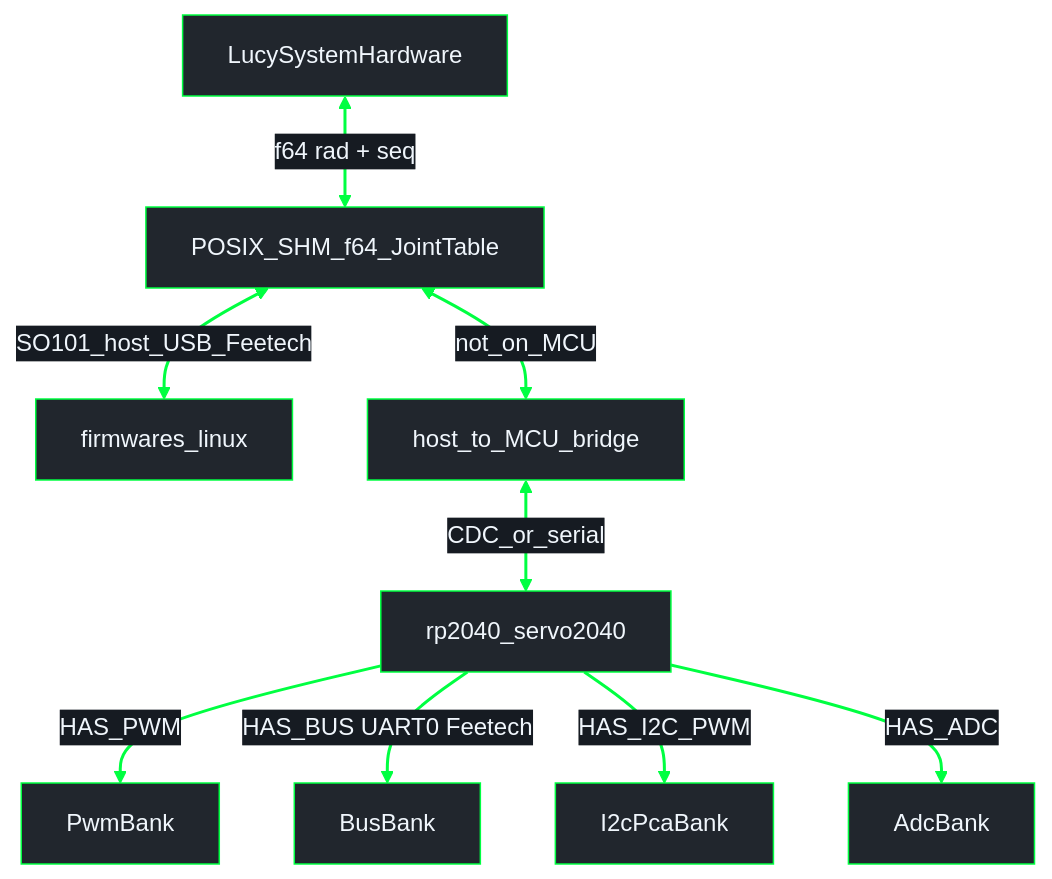
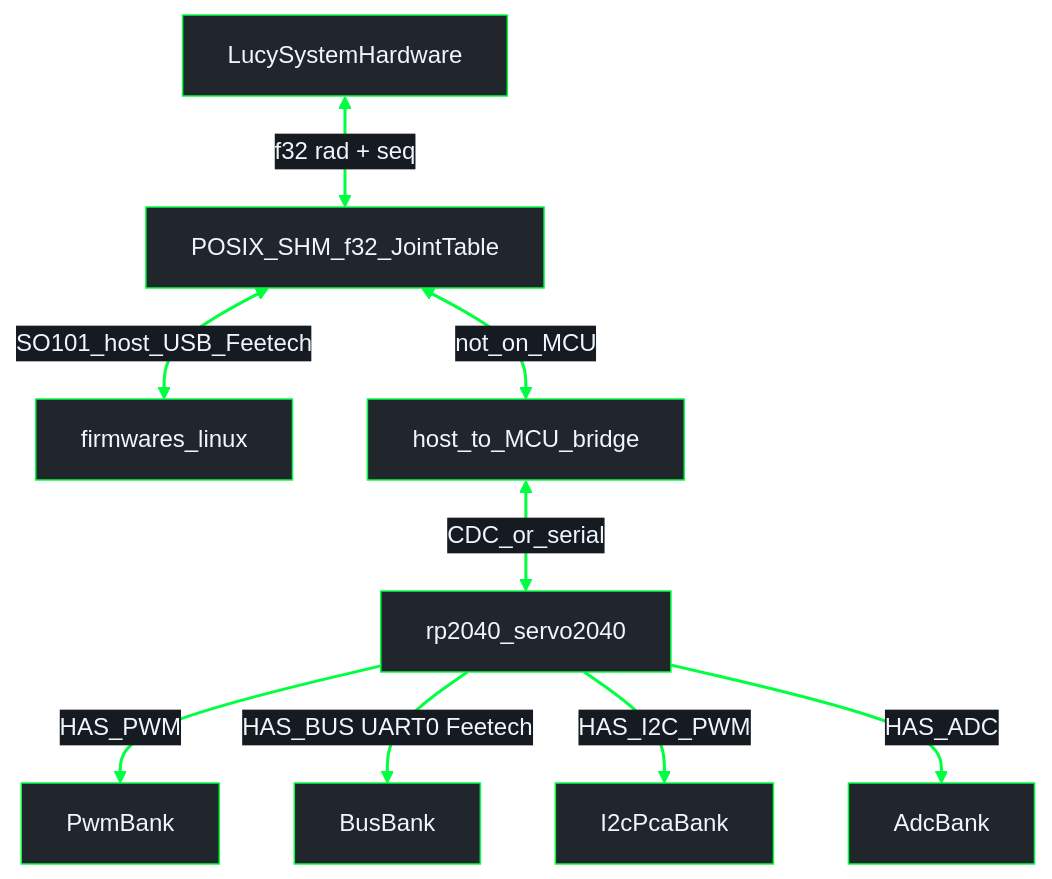
Before and after one commit to Lucy-Robotics/lucy_embedded_firmware: the first of 3 diagrams in docs/architecture/firmware.md, drawn with Mermaid. The commit also changed other lines of this file and 11 other files, not shown here.

Commit message:
evol(shm table): migrate to f32

````diff
--- a/docs/architecture/firmware.md
+++ b/docs/architecture/firmware.md
@@ -14,18 +14,18 @@
 ```mermaid
 %%{init: {"theme": "base", "themeVariables": {"darkMode": true, "background": "#0d1117", "mainBkg": "#21262d", "primaryColor": "#21262d", "primaryTextColor": "#f0f6fc", "primaryBorderColor": "#00FF41", "secondaryColor": "#161b22", "secondaryTextColor": "#f0f6fc", "secondaryBorderColor": "#00FF41", "tertiaryColor": "#161b22", "tertiaryTextColor": "#f0f6fc", "tertiaryBorderColor": "#00FF41", "lineColor": "#00FF41", "textColor": "#f0f6fc", "nodeTextColor": "#f0f6fc", "edgeLabelBackground": "#161b22", "clusterBkg": "#0d1117", "clusterBorder": "#00FF41", "titleColor": "#f0f6fc"}}}%%
 flowchart TB
   HI["LucySystemHardware"]
-  SHM["POSIX_SHM_f64_JointTable"]
+  SHM["POSIX_SHM_f32_JointTable"]
   LinuxFW["firmwares_linux"]
   Bridge["host_to_MCU_bridge"]
   S2040["rp2040_servo2040"]
-  HI <-->|"f64 rad + seq"| SHM
+  HI <-->|"f32 rad + seq"| SHM
   SHM <-->|"SO101_host_USB_Feetech"| LinuxFW
   SHM <-->|"not_on_MCU"| Bridge
   Bridge <-->|"CDC_or_serial"| S2040
   S2040 -->|"HAS_PWM"| PWM["PwmBank"]
   S2040 -->|"HAS_BUS UART0 Feetech"| Bus["BusBank"]
   S2040 -->|"HAS_I2C_PWM"| I2C["I2cPcaBank"]
   S2040 -->|"HAS_ADC"| ADC["AdcBank"]
   linkStyle default stroke:#00FF41,stroke-width:2px
 ```
````
